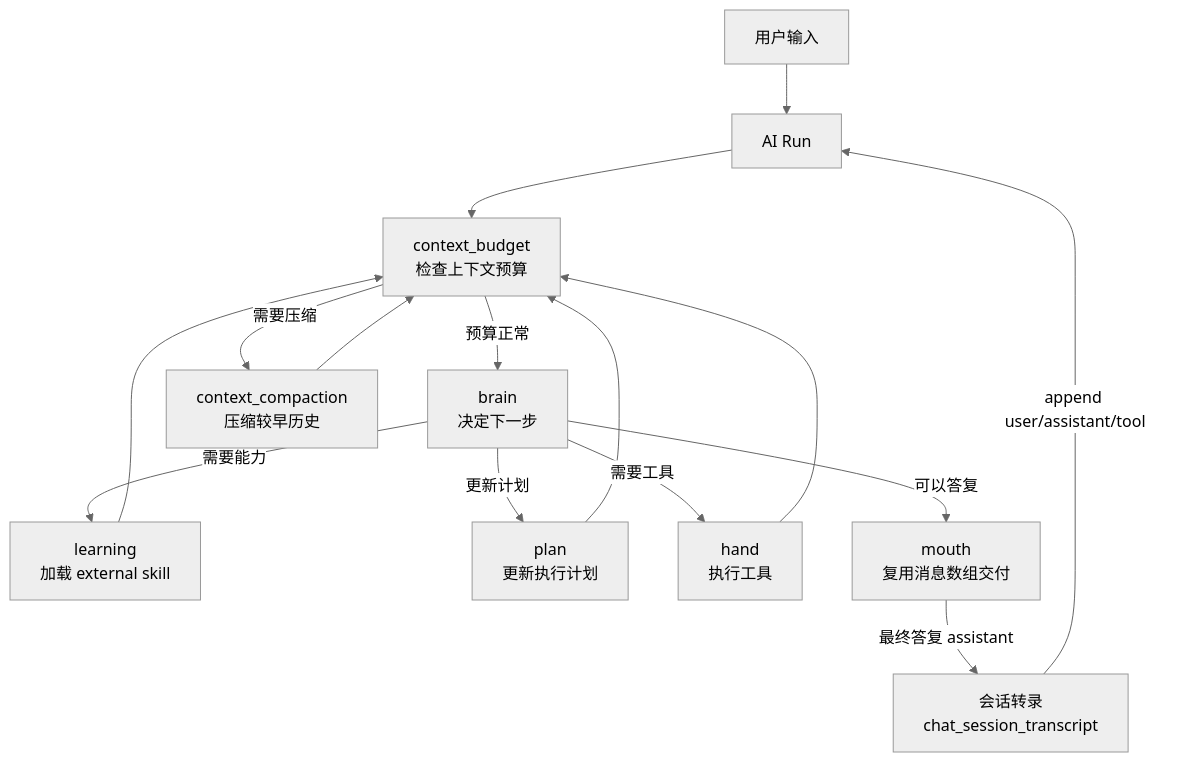
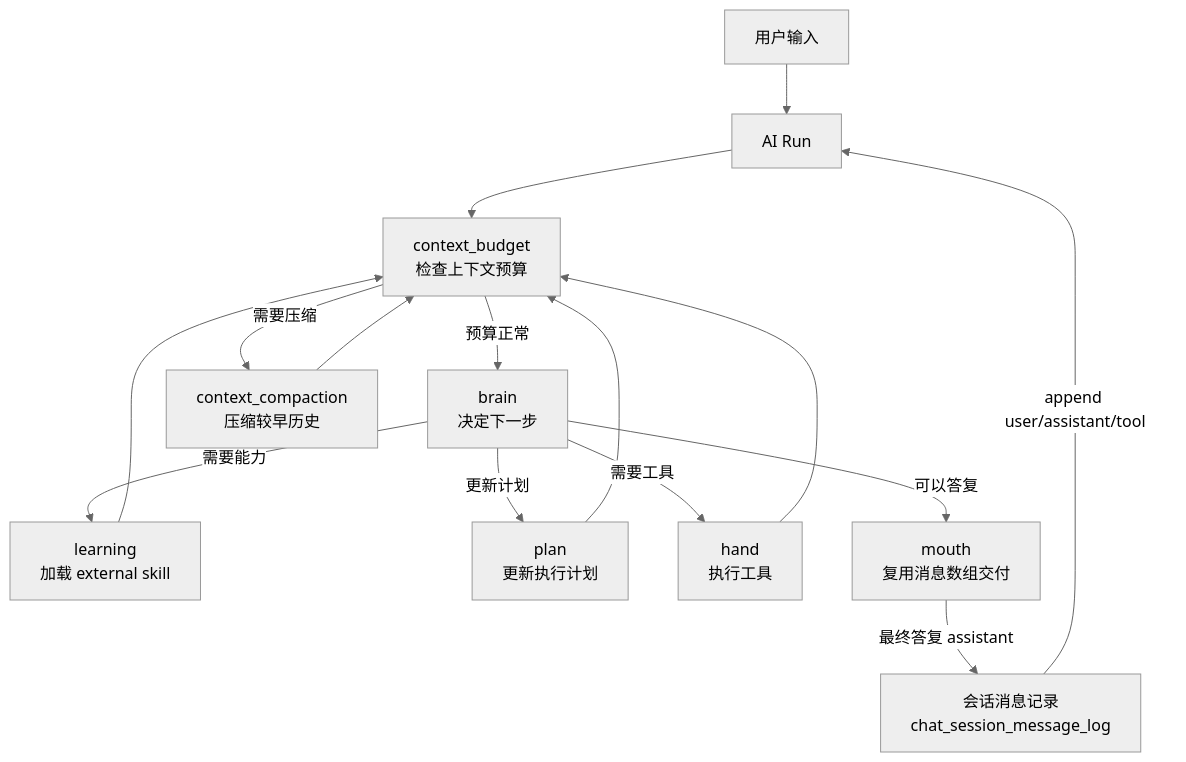
Before and after one commit to Yoan98/Ncurator: the diagram in doc/architecture.md, drawn with Mermaid (neutral theme). The commit also changed other lines of this file and 81 other files, not shown here.

````diff
--- a/doc/architecture.md
+++ b/doc/architecture.md
@@ -98,28 +98,28 @@
 ```mermaid
 flowchart TD
     U["用户输入"]
-    T["会话转录\nchat_session_transcript"]
+    T["会话消息记录\nchat_session_message_log"]
     R["AI Run"]
     B["context_budget\n检查上下文预算"]
     C["brain\n决定下一步"]
     L["learning\n加载 external skill"]
     D["plan\n更新执行计划"]
     H["hand\n执行工具"]
     M["mouth\n复用消息数组交付"]
     P["context_compaction\n压缩较早历史"]
 
     U --> R
     T -->|append user/assistant/tool| R
     R --> B
     B -->|预算正常| C
     B -->|需要压缩| P
     P --> B
     C -->|需要能力| L
     C -->|更新计划| D
     C -->|需要工具| H
     C -->|可以答复| M
     L --> B
     D --> B
     H --> B
     M -->|最终答复 assistant| T
 ```
````
